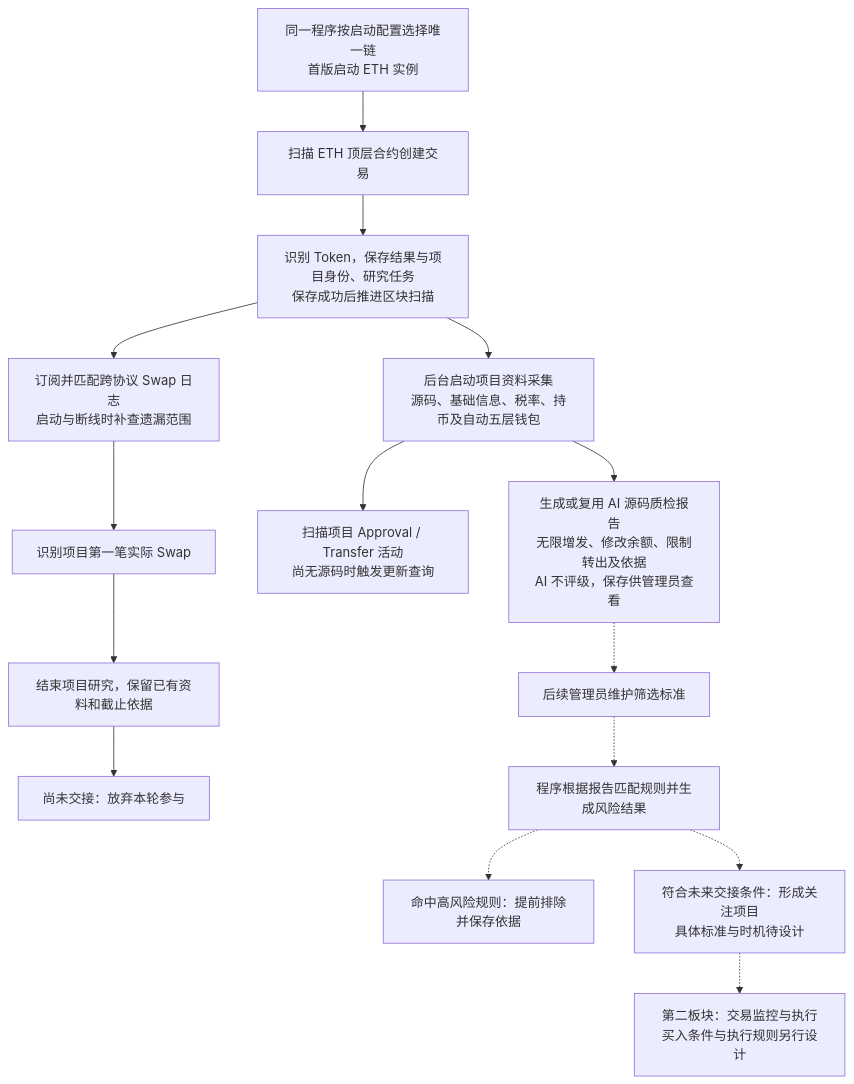
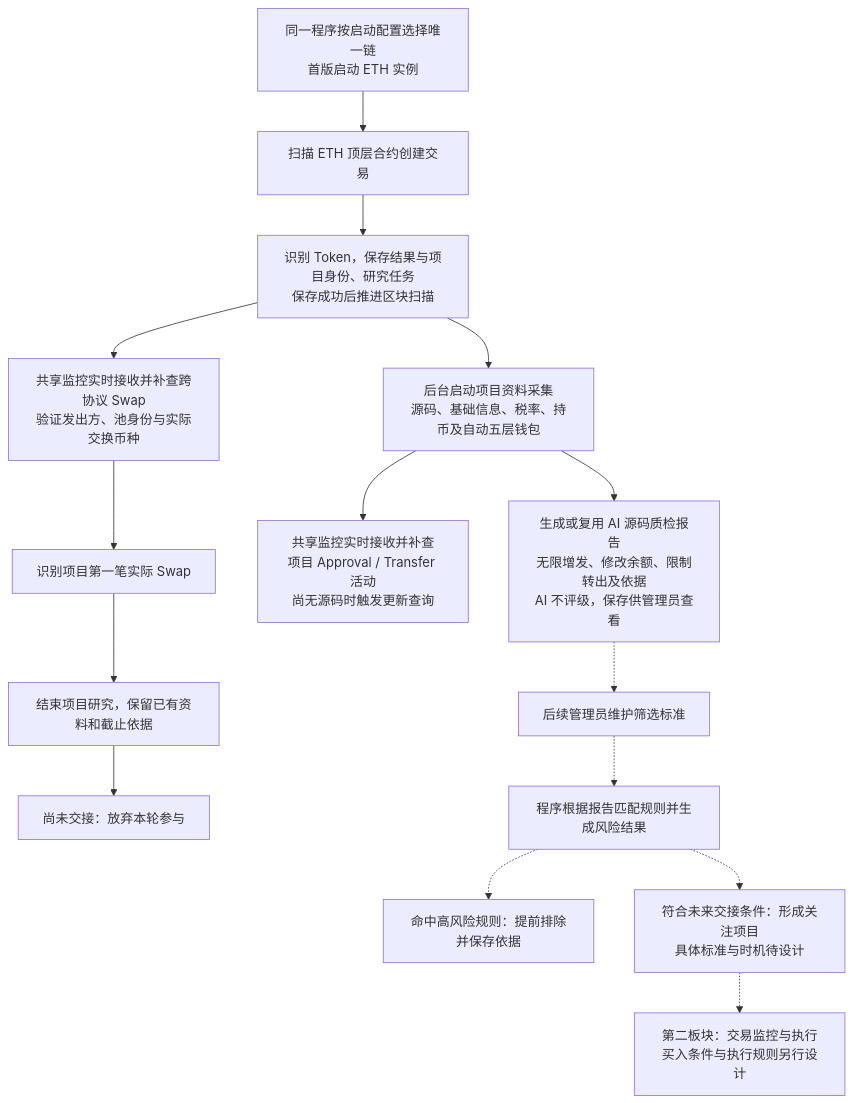
Before and after one commit to useryege/athena-o: the diagram in docs/requirements/token/token-overall-flow.md, drawn with Mermaid. The commit also changed other lines of this file and 14 other files, not shown here.

````diff
--- a/docs/requirements/token/token-overall-flow.md
+++ b/docs/requirements/token/token-overall-flow.md
@@ -11,17 +11,17 @@
 ```mermaid
 flowchart TD
     runtime["同一程序按启动配置选择唯一链<br/>首版启动 ETH 实例"] --> deployed["扫描 ETH 顶层合约创建交易"]
     deployed --> identify["识别 Token，保存结果与项目身份、研究任务<br/>保存成功后推进区块扫描"]
     identify --> collect["后台启动项目资料采集<br/>源码、基础信息、税率、持币及自动五层钱包"]
     collect --> report["生成或复用 AI 源码质检报告<br/>无限增发、修改余额、限制转出及依据<br/>AI 不评级，保存供管理员查看"]
-    collect --> activity["扫描项目 Approval / Transfer 活动<br/>尚无源码时触发更新查询"]
-    identify --> watch["订阅并匹配跨协议 Swap 日志<br/>启动与断线时补查遗漏范围"]
+    collect --> activity["共享监控实时接收并补查<br/>项目 Approval / Transfer 活动<br/>尚无源码时触发更新查询"]
+    identify --> watch["共享监控实时接收并补查跨协议 Swap<br/>验证发出方、池身份与实际交换币种"]
     watch --> first["识别项目第一笔实际 Swap"]
     first --> stop["结束项目研究，保留已有资料和截止依据"]
     stop --> notHanded["尚未交接：放弃本轮参与"]
     report -.-> rules["后续管理员维护筛选标准"]
     rules -.-> assess["程序根据报告匹配规则并生成风险结果"]
     assess -.-> high["命中高风险规则：提前排除并保存依据"]
     assess -.-> handoff["符合未来交接条件：形成关注项目<br/>具体标准与时机待设计"]
     handoff -.-> execution["第二板块：交易监控与执行<br/>买入条件与执行规则另行设计"]
 ```
````
